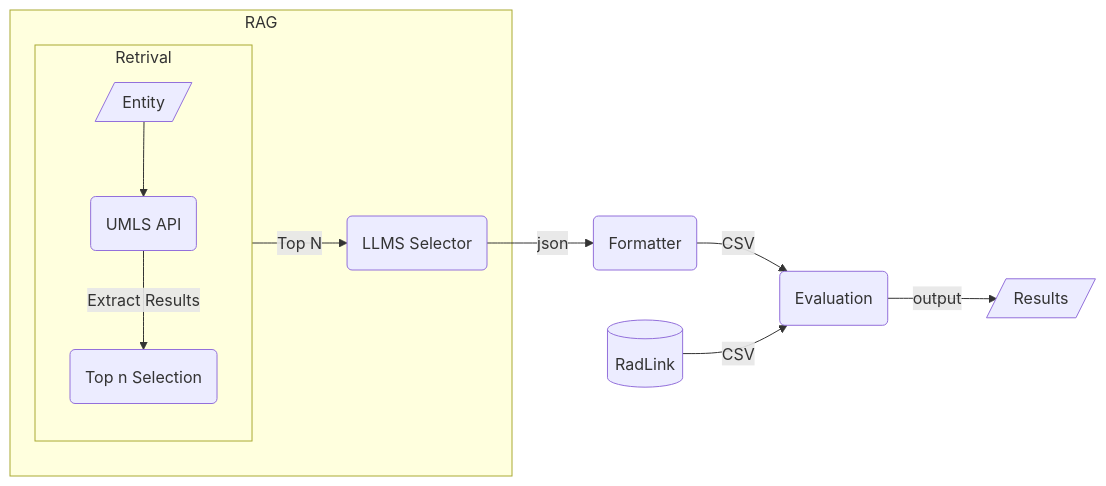
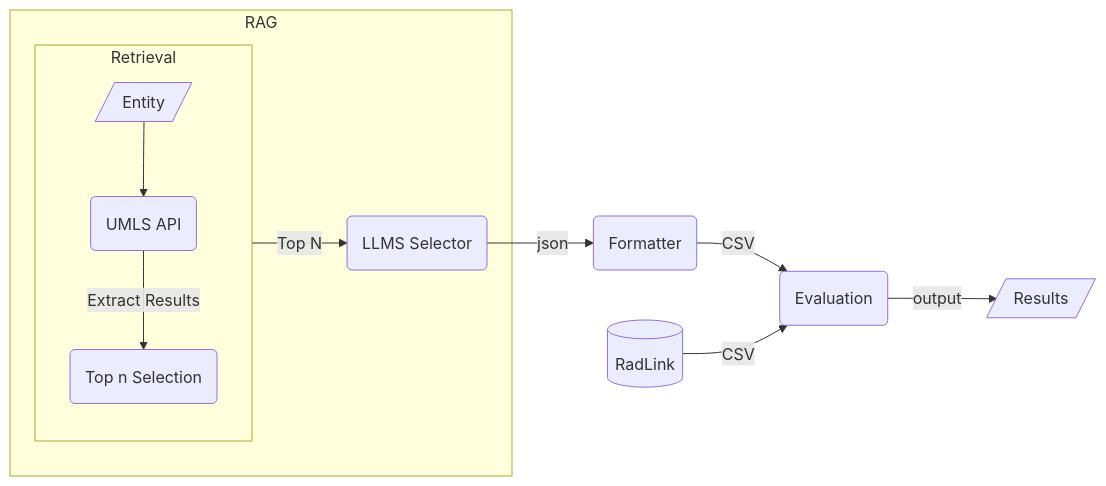
Before and after one commit to MouYongli/MedKGC: the diagram in src/medkgc/nen/README.md, drawn with Mermaid.

Commit message:
Fix typo in README.md: change "Retrival" to "Retrieval"

````diff
--- a/src/medkgc/nen/README.md
+++ b/src/medkgc/nen/README.md
@@ -33,18 +33,18 @@
 ```mermaid
 flowchart LR
     subgraph RAG
 
-        subgraph Retrival
+        subgraph Retrieval
             direction TB
             A@{ shape: lean-r, label: "Entity" } --> API(UMLS API)
             API -->|Extract Results| RES(Top n Selection)
         end
 
-        Retrival -->|Top N| LLMS(LLMS Selector)
+        Retrieval -->|Top N| LLMS(LLMS Selector)
     end
 
     LLMS -->|json| DF(Formatter)
     DF -->|CSV| E(Evaluation)
     DB2[(RadLink)] --> |CSV| E
     E -->|output| G@{ shape: lean-r, label: "Results" }
 ```
````
